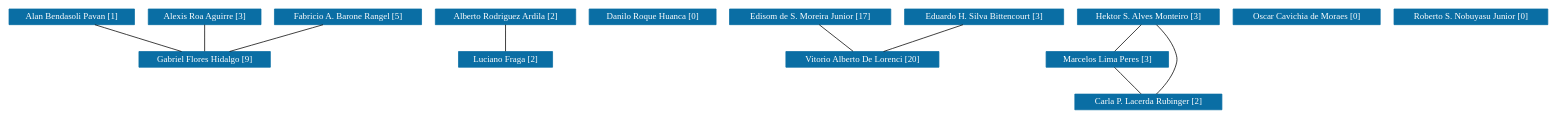
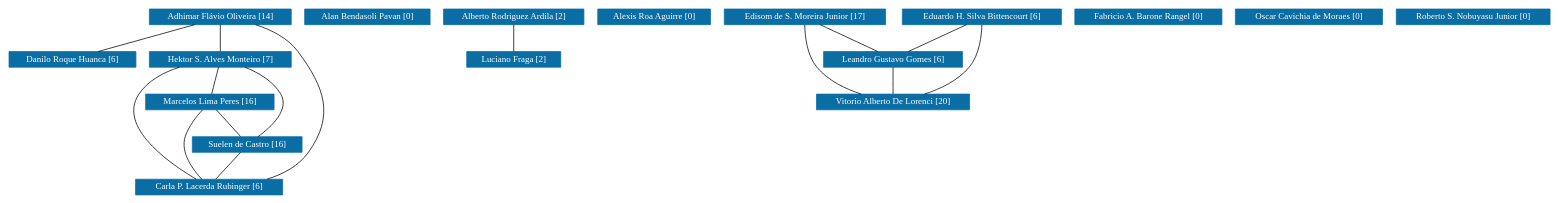
One commit to icamps/unifal-lattes.github.io changed the diagram in UNIFEI/grafoDeColaboracoesSemPesos.dot. Above: the diagram before and after it, drawn with Graphviz. The commit also changed 720 other files, not shown here.

```diff
--- a/UNIFEI/grafoDeColaboracoesSemPesos.dot
+++ b/UNIFEI/grafoDeColaboracoesSemPesos.dot
@@ -1,125 +1,145 @@
 strict graph grafo1 {
-	graph [bb="0,0,1709,135",
+	graph [bb="0,0,1717,249",
 		id=grafo1,
 		overlap=False
 	];
 	node [fontsize=12,
 		label="\N",
 		shape=rectangle,
 		style=filled
 	];
-	0	 [URL="membro-8154959660506192.html",
+	0	 [URL="membro-1031795555698099.html",
 		color="#0A6EA4",
 		fontcolor="#FFFFFF",
 		height=0.29167,
-		label="Alan Bendasoli Pavan [1]",
-		pos="69.5,124.5",
-		width=1.9306];
-	7	 [URL="membro-9233143651147638.html",
+		label="Adhimar Flávio Oliveira [14]",
+		pos="234.5,238.5",
+		width=2.1389];
+	4	 [URL="membro-8697679642900908.html",
 		color="#0A6EA4",
 		fontcolor="#FFFFFF",
 		height=0.29167,
-		label="Gabriel Flores Hidalgo [9]",
-		pos="219.5,67.5",
-		width=1.9861];
-	0 -- 7	 [pos="97.362,113.91 124.3,103.67 164.9,88.25 191.79,78.031"];
-	1	 [URL="membro-7982796939759440.html",
+		label="Danilo Roque Huanca [6]",
+		pos="69.5,181.5",
+		width=1.9306];
+	0 -- 4	 [pos="203.85,227.91 174.21,217.67 129.57,202.25 99.984,192.03"];
+	8	 [URL="membro-2145668168587564.html",
+		color="#0A6EA4",
+		fontcolor="#FFFFFF",
+		height=0.29167,
+		label="Hektor S. Alves Monteiro [7]",
+		pos="234.5,181.5",
+		width=2.1528];
+	0 -- 8	 [pos="234.5,227.78 234.5,217.59 234.5,202.35 234.5,192.17"];
+	15	 [URL="membro-5158730912554506.html",
+		color="#0A6EA4",
+		fontcolor="#FFFFFF",
+		height=0.29167,
+		label="Carla P. Lacerda Rubinger [6]",
+		pos="223.5,10.5",
+		width=2.1944];
+	0 -- 15	 [pos="270,227.99 288.01,220.79 308.56,209.34 320.5,192 354.74,142.28 369.02,107.21 335.5,57 323.4,38.877 302.78,27.807 282.5,21.05"];
+	8 -- 15	 [pos="190.42,170.91 171.64,163.98 151.55,152.79 140.5,135 113.78,91.966 175.92,42.255 207.06,21.008"];
+	11	 [URL="membro-0335350966509134.html",
+		color="#0A6EA4",
+		fontcolor="#FFFFFF",
+		height=0.29167,
+		label="Marcelos Lima Peres [16]",
+		pos="219.5,124.5",
+		width=1.9306];
+	8 -- 11	 [pos="231.68,170.78 229,160.59 224.99,145.35 222.31,135.17"];
+	13	 [URL="membro-9126744461400749.html",
+		color="#0A6EA4",
+		fontcolor="#FFFFFF",
+		height=0.29167,
+		label="Suelen de Castro [16]",
+		pos="267.5,67.5",
+		width=1.6528];
+	8 -- 13	 [pos="258.19,170.96 272.41,163.24 289.29,151.26 297.5,135 307.44,115.31 290.48,91.607 278.28,78.173"];
+	11 -- 15	 [pos="212.26,113.62 204.34,100.36 193.41,77.232 198.5,57 201.81,43.845 209.65,30.359 215.67,21.321"];
+	11 -- 13	 [pos="228.53,113.78 237.11,103.59 249.94,88.348 258.51,78.173"];
+	13 -- 15	 [pos="259.22,56.779 251.36,46.588 239.59,31.348 231.74,21.173"];
+	1	 [URL="membro-8154959660506192.html",
+		color="#0A6EA4",
+		fontcolor="#FFFFFF",
+		height=0.29167,
+		label="Alan Bendasoli Pavan [0]",
+		pos="399.5,238.5",
+		width=1.9306];
+	2	 [URL="membro-7982796939759440.html",
 		color="#0A6EA4",
 		fontcolor="#FFFFFF",
 		height=0.29167,
 		label="Alberto Rodriguez Ardila [2]",
-		pos="556.5,124.5",
+		pos="564.5,238.5",
 		width=2.1528];
-	9	 [URL="membro-6549869827105994.html",
+	10	 [URL="membro-6549869827105994.html",
 		color="#0A6EA4",
 		fontcolor="#FFFFFF",
 		height=0.29167,
 		label="Luciano Fraga [2]",
-		pos="556.5,67.5",
+		pos="564.5,181.5",
 		width=1.4167];
-	1 -- 9	 [pos="556.5,113.78 556.5,103.59 556.5,88.348 556.5,78.173"];
-	2	 [URL="membro-3842382209626823.html",
+	2 -- 10	 [pos="564.5,227.78 564.5,217.59 564.5,202.35 564.5,192.17"];
+	3	 [URL="membro-3842382209626823.html",
 		color="#0A6EA4",
 		fontcolor="#FFFFFF",
 		height=0.29167,
-		label="Alexis Roa Aguirre [3]",
-		pos="219.5,124.5",
+		label="Alexis Roa Aguirre [0]",
+		pos="722.5,238.5",
 		width=1.7361];
-	2 -- 7	 [pos="219.5,113.78 219.5,103.59 219.5,88.348 219.5,78.173"];
-	3	 [URL="membro-8697679642900908.html",
-		color="#0A6EA4",
-		fontcolor="#FFFFFF",
-		height=0.29167,
-		label="Danilo Roque Huanca [0]",
-		pos="721.5,124.5",
-		width=1.9306];
-	4	 [URL="membro-7966592529955054.html",
+	5	 [URL="membro-7966592529955054.html",
 		color="#0A6EA4",
 		fontcolor="#FFFFFF",
 		height=0.29167,
 		label="Edisom de S. Moreira Junior [17]",
-		pos="896.5,124.5",
+		pos="890.5,238.5",
 		width=2.4306];
-	12	 [URL="membro-1361400129993392.html",
+	9	 [URL="membro-4666057965864411.html",
+		color="#0A6EA4",
+		fontcolor="#FFFFFF",
+		height=0.29167,
+		label="Leandro Gustavo Gomes [6]",
+		pos="990.5,181.5",
+		width=2.1111];
+	5 -- 9	 [pos="909.31,227.78 927.19,217.59 953.92,202.35 971.78,192.17"];
+	14	 [URL="membro-1361400129993392.html",
 		color="#0A6EA4",
 		fontcolor="#FFFFFF",
 		height=0.29167,
 		label="Vitorio Alberto De Lorenci [20]",
-		pos="950.5,67.5",
+		pos="990.5,124.5",
 		width=2.3611];
-	4 -- 12	 [pos="906.66,113.78 916.31,103.59 930.75,88.348 940.39,78.173"];
-	5	 [URL="membro-9213789315416977.html",
+	5 -- 14	 [pos="890.26,227.79 890.48,213.46 892.81,187.89 905.5,171 918.33,153.92 939.35,142.34 957.28,135.01"];
+	9 -- 14	 [pos="990.5,170.78 990.5,160.59 990.5,145.35 990.5,135.17"];
+	6	 [URL="membro-9213789315416977.html",
 		color="#0A6EA4",
 		fontcolor="#FFFFFF",
 		height=0.29167,
-		label="Eduardo H. Silva Bittencourt [3]",
-		pos="1088.5,124.5",
+		label="Eduardo H. Silva Bittencourt [6]",
+		pos="1090.5,238.5",
 		width=2.3889];
-	5 -- 12	 [pos="1062.9,113.91 1038.1,103.67 1000.7,88.25 976,78.031"];
-	6	 [URL="membro-2436691587435689.html",
+	6 -- 9	 [pos="1071.7,227.78 1053.8,217.59 1027.1,202.35 1009.2,192.17"];
+	6 -- 14	 [pos="1090.7,227.79 1090.5,213.46 1088.2,187.89 1075.5,171 1062.7,153.92 1041.6,142.34 1023.7,135.01"];
+	7	 [URL="membro-2436691587435689.html",
 		color="#0A6EA4",
 		fontcolor="#FFFFFF",
 		height=0.29167,
-		label="Fabricio A. Barone Rangel [5]",
-		pos="380.5,124.5",
+		label="Fabricio A. Barone Rangel [0]",
+		pos="1275.5,238.5",
 		width=2.2361];
-	6 -- 7	 [pos="350.59,113.91 321.68,103.67 278.11,88.25 249.25,78.031"];
-	8	 [URL="membro-2145668168587564.html",
-		color="#0A6EA4",
-		fontcolor="#FFFFFF",
-		height=0.29167,
-		label="Hektor S. Alves Monteiro [3]",
-		pos="1270.5,124.5",
-		width=2.1528];
-	10	 [URL="membro-0335350966509134.html",
-		color="#0A6EA4",
-		fontcolor="#FFFFFF",
-		height=0.29167,
-		label="Marcelos Lima Peres [3]",
-		pos="1222.5,67.5",
-		width=1.8472];
-	8 -- 10	 [pos="1261.5,113.78 1252.9,103.59 1240.1,88.348 1231.5,78.173"];
-	13	 [URL="membro-5158730912554506.html",
-		color="#0A6EA4",
-		fontcolor="#FFFFFF",
-		height=0.29167,
-		label="Carla P. Lacerda Rubinger [2]",
-		pos="1269.5,10.5",
-		width=2.1944];
-	8 -- 13	 [pos="1279.5,113.76 1289.5,100.66 1303.2,77.673 1297.5,57 1293.8,43.562 1285,30.12 1278.3,21.17"];
-	10 -- 13	 [pos="1231.3,56.779 1239.7,46.588 1252.3,31.348 1260.7,21.173"];
-	11	 [URL="membro-0422047938601624.html",
+	12	 [URL="membro-0422047938601624.html",
 		color="#0A6EA4",
 		fontcolor="#FFFFFF",
 		height=0.29167,
 		label="Oscar Cavichia de Moraes [0]",
-		pos="1445.5,124.5",
+		pos="1453.5,238.5",
 		width=2.1944];
-	14	 [URL="membro-6458988217441388.html",
+	16	 [URL="membro-6458988217441388.html",
 		color="#0A6EA4",
 		fontcolor="#FFFFFF",
 		height=0.29167,
 		label="Roberto S. Nobuyasu Junior [0]",
-		pos="1625.5,124.5",
+		pos="1633.5,238.5",
 		width=2.3194];
 }
```
